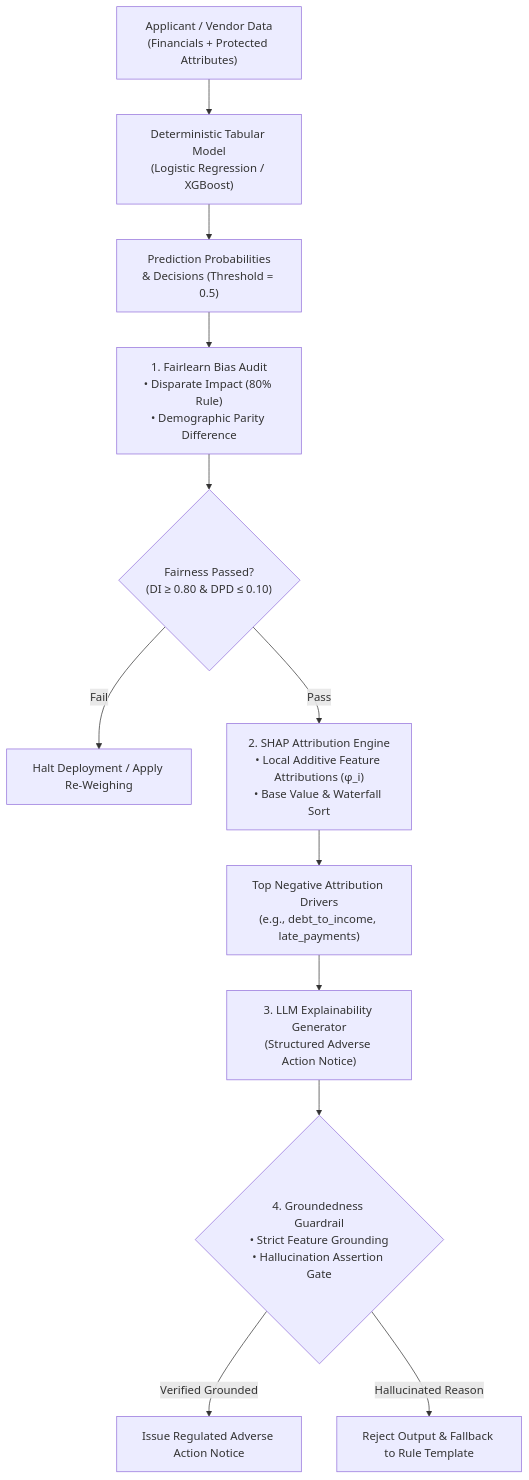
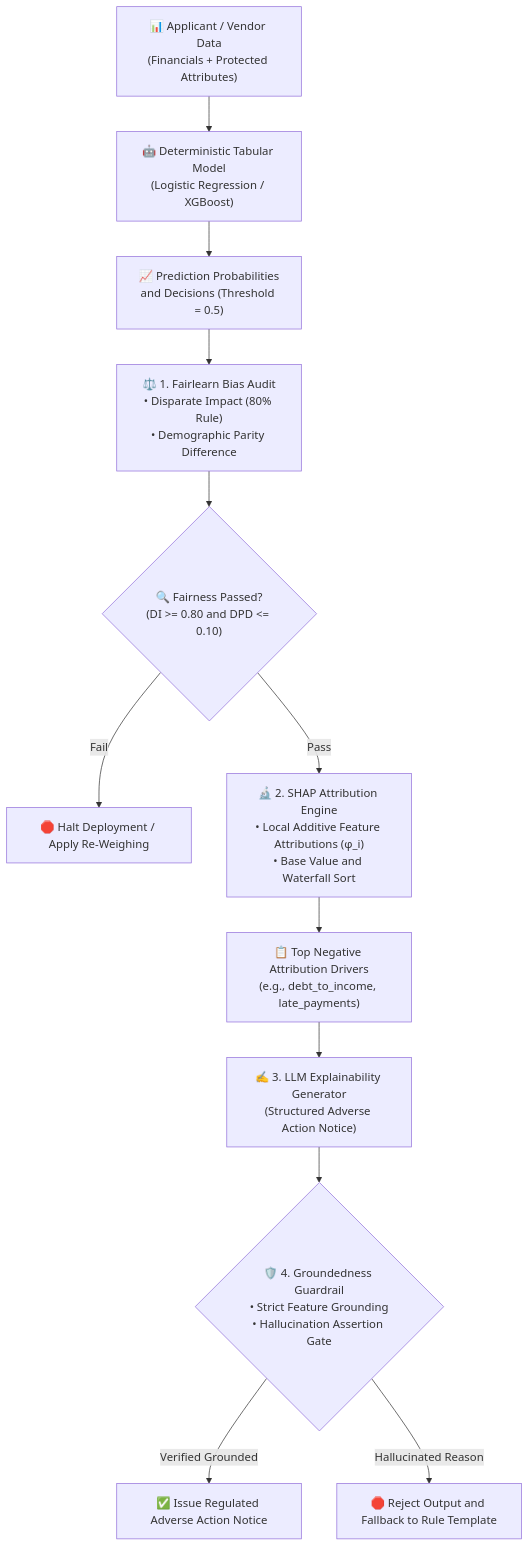
One commit to dip4k/senior-engineer-to-ai-engineer-roadmap changed the diagram in labs/lab-07-hybrid-ml-fairness-and-explainability.md. Above: the diagram before and after it, drawn with Mermaid. The commit also changed other lines of this file and 94 other files, not shown here.

Commit message:
refactor(curriculum): complete Phase 04 upgrade and enforce diagram renderer invariants

````diff
--- a/labs/lab-07-hybrid-ml-fairness-and-explainability.md
+++ b/labs/lab-07-hybrid-ml-fairness-and-explainability.md
@@ -18,21 +20,22 @@
 ```mermaid
 flowchart TD
-    Data["Applicant / Vendor Data<br>(Financials + Protected Attributes)"] --> Model["Deterministic Tabular Model<br>(Logistic Regression / XGBoost)"]
+    Data["📊 Applicant / Vendor Data<br>(Financials + Protected Attributes)"] --> Model["🤖 Deterministic Tabular Model<br>(Logistic Regression / XGBoost)"]
     
-    Model --> Predictions["Prediction Probabilities<br>& Decisions (Threshold = 0.5)"]
+    Model --> Predictions["📈 Prediction Probabilities<br>and Decisions (Threshold = 0.5)"]
     
-    Predictions --> FairlearnAudit["1. Fairlearn Bias Audit<br>• Disparate Impact (80% Rule)<br>• Demographic Parity Difference"]
+    Predictions --> FairlearnAudit["⚖️ 1. Fairlearn Bias Audit<br>• Disparate Impact (80% Rule)<br>• Demographic Parity Difference"]
     
-    FairlearnAudit --> FairCheck{"Fairness Passed?<br>(DI ≥ 0.80 & DPD ≤ 0.10)"}
-    FairCheck -- "Fail" --> Mitigate["Halt Deployment / Apply Re-Weighing"]
-    FairCheck -- "Pass" --> SHAP_Engine["2. SHAP Attribution Engine<br>• Local Additive Feature Attributions (φ_i)<br>• Base Value & Waterfall Sort"]
+    FairCheck{"🔍 Fairness Passed?<br>(DI >= 0.80 and DPD <= 0.10)"}
+    FairlearnAudit --> FairCheck
+    FairCheck -- "Fail" --> Mitigate["🛑 Halt Deployment / Apply Re-Weighing"]
+    FairCheck -- "Pass" --> SHAP_Engine["🔬 2. SHAP Attribution Engine<br>• Local Additive Feature Attributions (φ_i)<br>• Base Value and Waterfall Sort"]
     
-    SHAP_Engine --> TopFactors["Top Negative Attribution Drivers<br>(e.g., debt_to_income, late_payments)"]
+    SHAP_Engine --> TopFactors["📋 Top Negative Attribution Drivers<br>(e.g., debt_to_income, late_payments)"]
     
-    TopFactors --> LLM_Gen["3. LLM Explainability Generator<br>(Structured Adverse Action Notice)"]
+    TopFactors --> LLM_Gen["✍️ 3. LLM Explainability Generator<br>(Structured Adverse Action Notice)"]
     
-    LLM_Gen --> Guardrail{"4. Groundedness Guardrail<br>• Strict Feature Grounding<br>• Hallucination Assertion Gate"}
+    LLM_Gen --> Guardrail{"🛡️ 4. Groundedness Guardrail<br>• Strict Feature Grounding<br>• Hallucination Assertion Gate"}
     
-    Guardrail -- "Verified Grounded" --> CompliantNotice["Issue Regulated Adverse Action Notice"]
-    Guardrail -- "Hallucinated Reason" --> Quarantined["Reject Output & Fallback to Rule Template"]
+    Guardrail -- "Verified Grounded" --> CompliantNotice["✅ Issue Regulated Adverse Action Notice"]
+    Guardrail -- "Hallucinated Reason" --> Quarantined["🛑 Reject Output and Fallback to Rule Template"]
 ```
````
